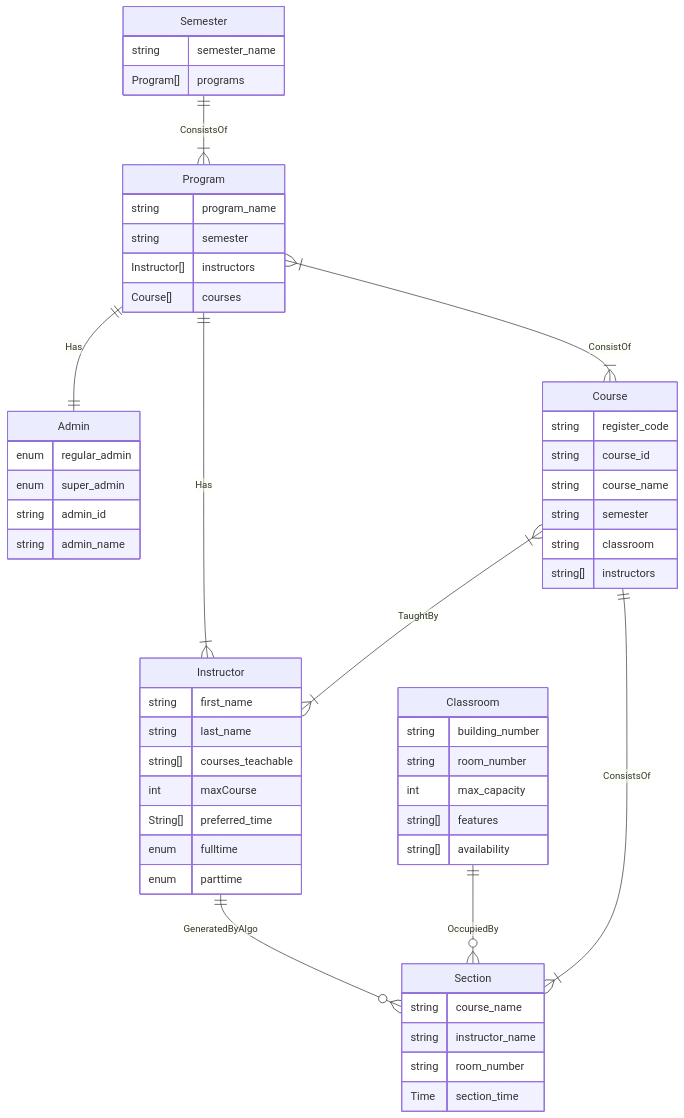
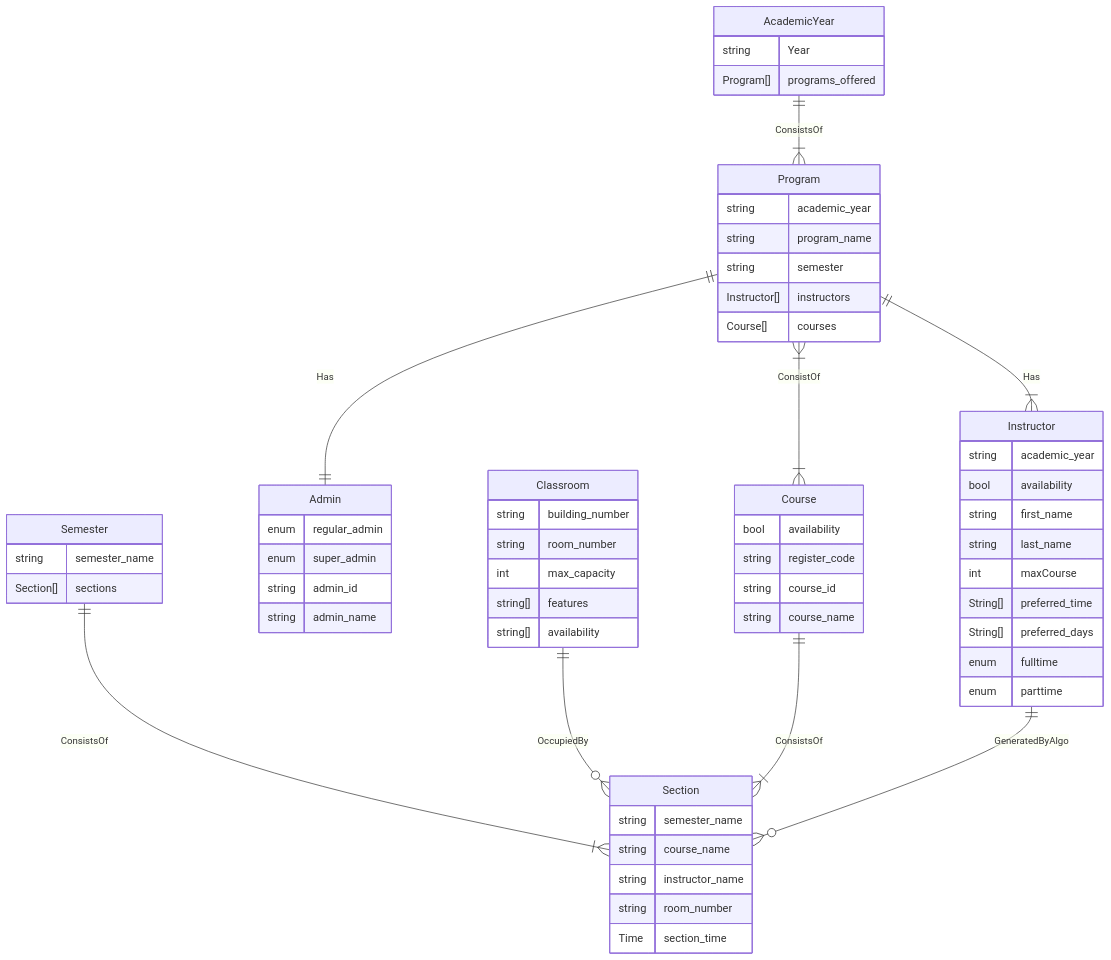
One commit to BiTheDev/Course_Planning changed the diagram in README.md. Above: the diagram before and after it, drawn with Mermaid. The commit also changed 35 other files, not shown here.

````diff
--- a/README.md
+++ b/README.md
@@ -40,67 +40,79 @@
 ```mermaid
 erDiagram
-    Semester ||--|{ Program: ConsistsOf 
+    AcademicYear{
+        string Year
+        Program[] programs_offered
+    }
+
+    AcademicYear || -- |{ Program: ConsistsOf
+
+    Semester ||--|{ Section: ConsistsOf
+
     Semester {
         string  semester_name
-        Program[] programs
+        Section[] sections
     }
 
     Program {
+        string academic_year
         string program_name
         string semester
         Instructor[] instructors
         Course[] courses
+        
     }
 
     Admin {
         enum regular_admin
         enum super_admin
         string admin_id
         string admin_name
     }
 
     Instructor {
+        string academic_year
+        bool availability
         string first_name
         string last_name
-        string[] courses_teachable
         int maxCourse
         String[] preferred_time
+        String[] preferred_days
         enum fulltime
         enum parttime
     }
+
     Program ||--|| Admin: Has
     Program ||--|{ Instructor: Has
     Program }|--|{ Course: ConsistOf
 
     Course {
+        bool availability
         string register_code
         string course_id
         string course_name
-        string semester
-        string classroom
-        string[] instructors
     }
 
-    Course }|--|{ Instructor: TaughtBy
 
     Classroom{
         string building_number
         string room_number
         int max_capacity
         string[] features
         string[] availability
 
     } 
     Classroom ||--o{ Section: OccupiedBy
 
     Section {
+        string semester_name
         string course_name
         string instructor_name
         string room_number
         Time section_time
+
     }
     Course||--|{ Section: ConsistsOf 
 
     Instructor ||--o{ Section: GeneratedByAlgo
 
 ```
````
